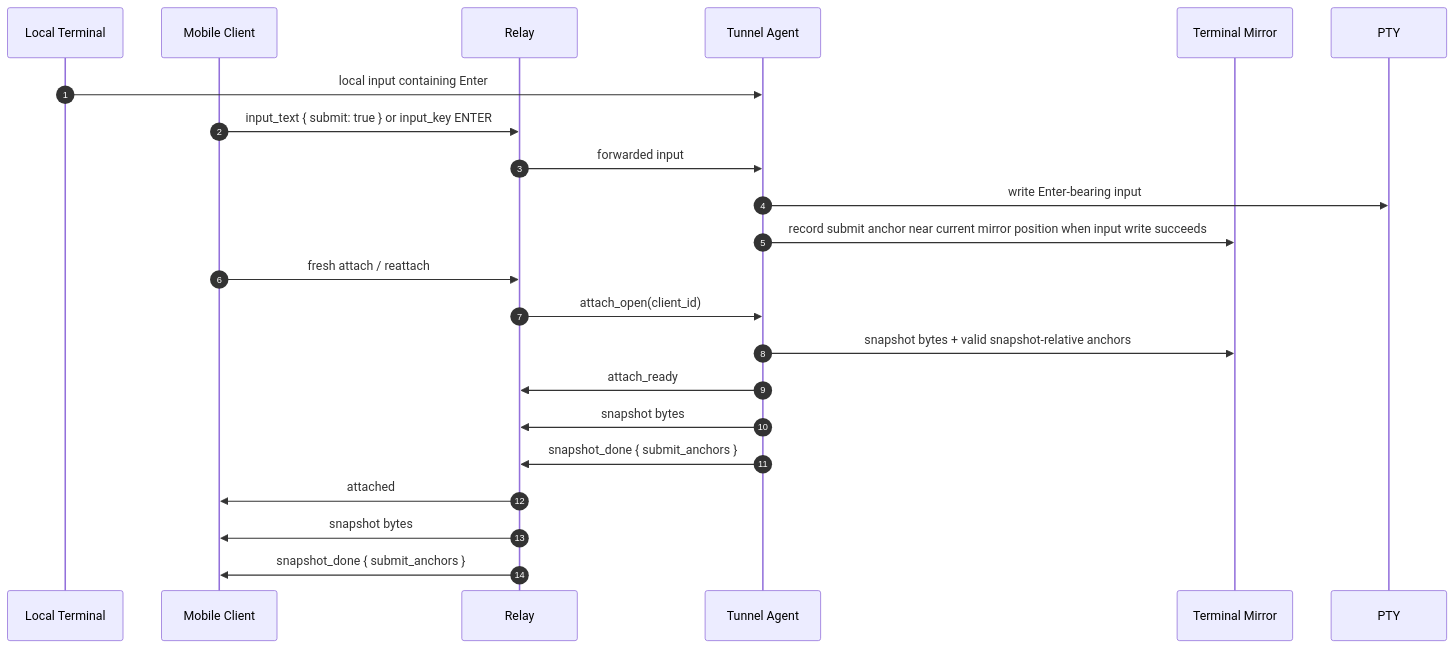
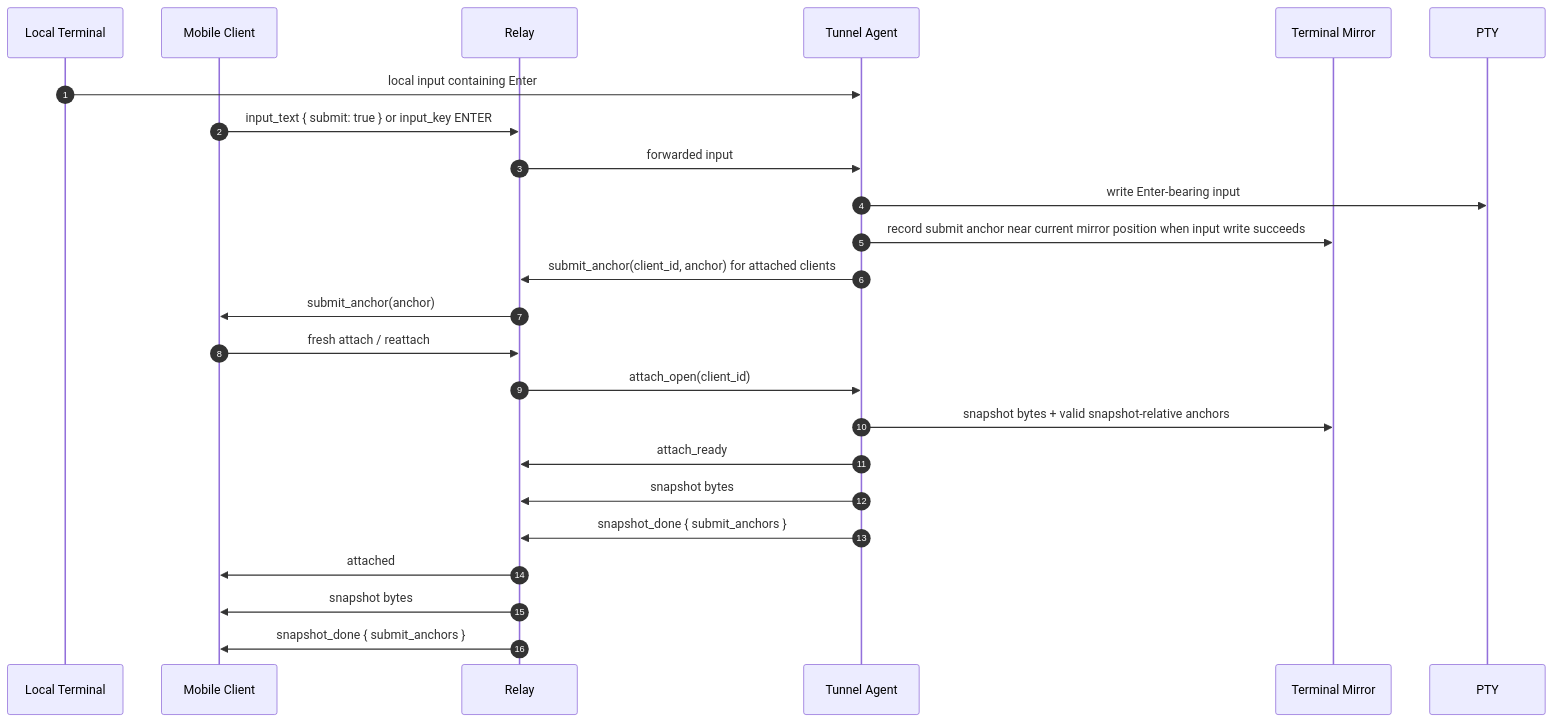
Before and after one commit to yuanbohan/agent-tunnel: the diagram in docs/plans/2026-04-28-001-feat-mobile-submit-anchor-index-plan.md, drawn with Mermaid. The commit also changed other lines of this file and 17 other files, not shown here.

````diff
--- a/docs/plans/2026-04-28-001-feat-mobile-submit-anchor-index-plan.md
+++ b/docs/plans/2026-04-28-001-feat-mobile-submit-anchor-index-plan.md
@@ -116,26 +121,28 @@
 ```mermaid
 sequenceDiagram
   autonumber
   participant L as Local Terminal
   participant M as Mobile Client
   participant R as Relay
   participant A as Tunnel Agent
   participant T as Terminal Mirror
   participant P as PTY
 
   L->>A: local input containing Enter
   M->>R: input_text { submit: true } or input_key ENTER
   R->>A: forwarded input
   A->>P: write Enter-bearing input
   A->>T: record submit anchor near current mirror position when input write succeeds
+  A->>R: submit_anchor(client_id, anchor) for attached clients
+  R->>M: submit_anchor(anchor)
 
   M->>R: fresh attach / reattach
   R->>A: attach_open(client_id)
   A->>T: snapshot bytes + valid snapshot-relative anchors
   A->>R: attach_ready
   A->>R: snapshot bytes
   A->>R: snapshot_done { submit_anchors }
   R->>M: attached
   R->>M: snapshot bytes
   R->>M: snapshot_done { submit_anchors }
 ```
````
